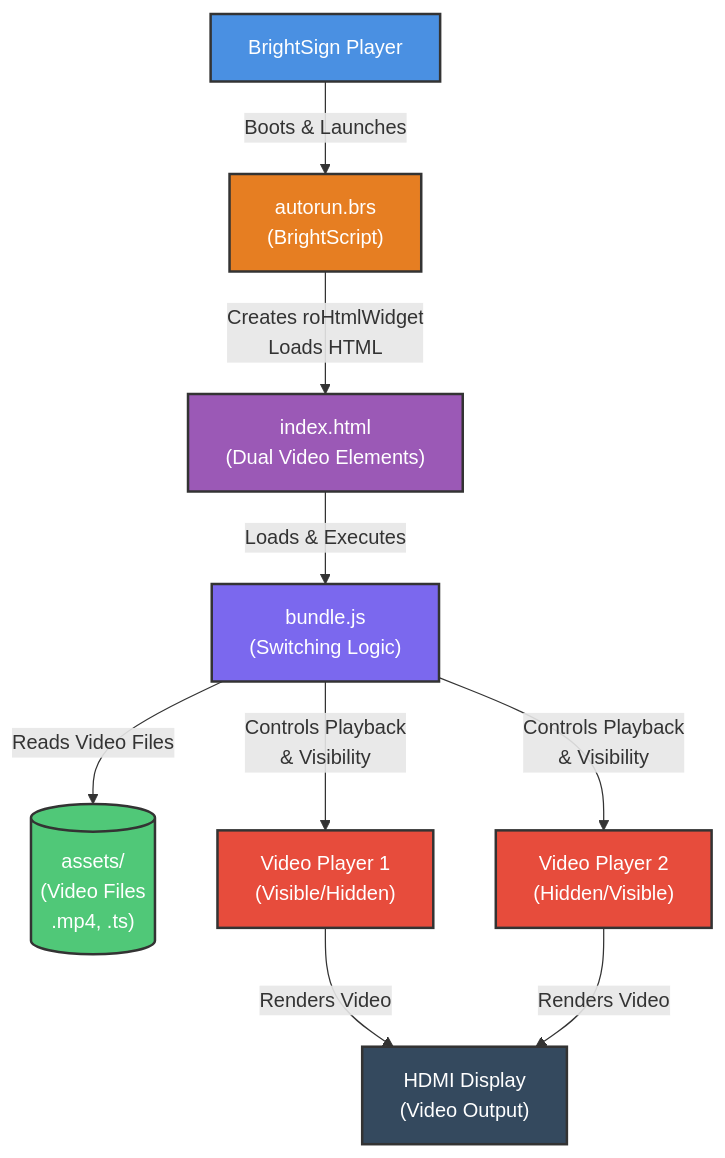
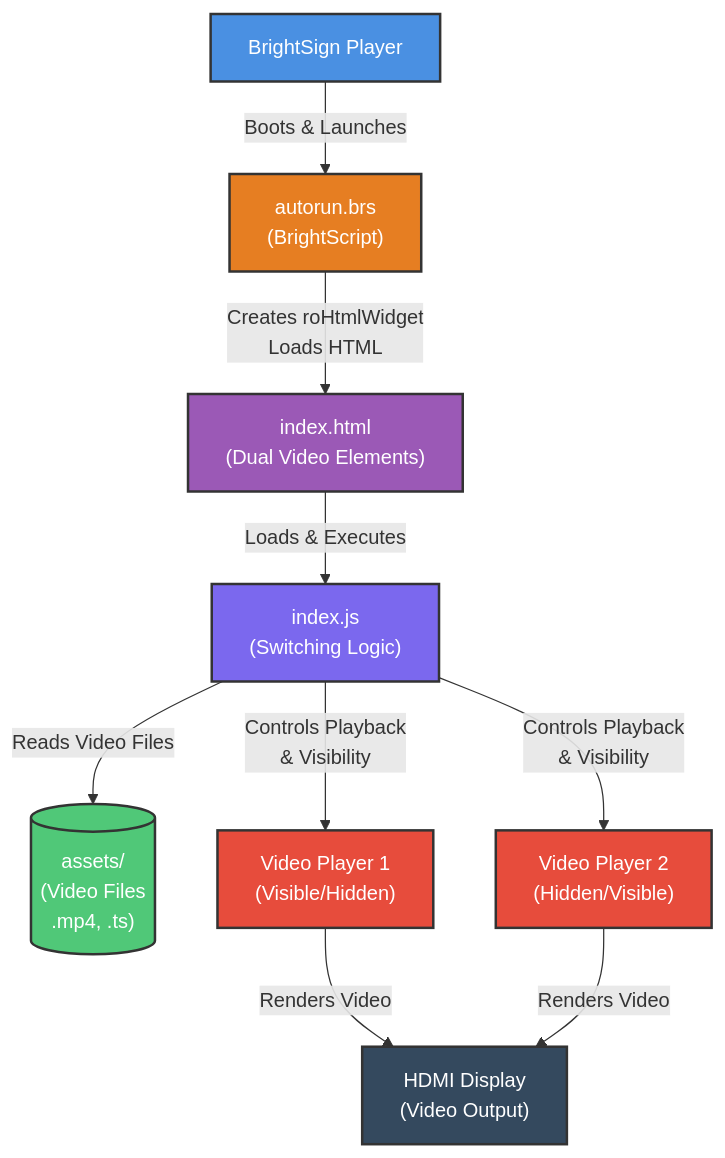
One commit to brightsign/dev-cookbook changed the diagram in examples/seamless-video-switching/architecture.md. Above: the diagram before and after it, drawn with Mermaid. The commit also changed 6 other files, not shown here.

````diff
--- a/examples/seamless-video-switching/architecture.md
+++ b/examples/seamless-video-switching/architecture.md
@@ -3,29 +3,29 @@
 ```mermaid
 graph TD
     Player["BrightSign Player"]
     Autorun["autorun.brs<br/>(BrightScript)"]
     HTML["index.html<br/>(Dual Video Elements)"]
-    Bundle["bundle.js<br/>(Switching Logic)"]
+    Bundle["index.js<br/>(Switching Logic)"]
     Display["HDMI Display<br/>(Video Output)"]
     Assets[("assets/<br/>(Video Files<br/>.mp4, .ts)")]
     Player1["Video Player 1<br/>(Visible/Hidden)"]
     Player2["Video Player 2<br/>(Hidden/Visible)"]
 
     Player -->|"Boots & Launches"| Autorun
     Autorun -->|"Creates roHtmlWidget<br/>Loads HTML"| HTML
     HTML -->|"Loads & Executes"| Bundle
     Bundle -->|"Reads Video Files"| Assets
     Bundle -->|"Controls Playback<br/>& Visibility"| Player1
     Bundle -->|"Controls Playback<br/>& Visibility"| Player2
     Player1 -->|"Renders Video"| Display
     Player2 -->|"Renders Video"| Display
 
     style Player fill:#4a90e2,stroke:#333,stroke-width:2px,color:#fff
     style Autorun fill:#e67e22,stroke:#333,stroke-width:2px,color:#fff
     style HTML fill:#9b59b6,stroke:#333,stroke-width:2px,color:#fff
     style Bundle fill:#7b68ee,stroke:#333,stroke-width:2px,color:#fff
     style Display fill:#34495e,stroke:#333,stroke-width:2px,color:#fff
     style Assets fill:#50c878,stroke:#333,stroke-width:2px,color:#fff
     style Player1 fill:#e74c3c,stroke:#333,stroke-width:2px,color:#fff
     style Player2 fill:#e74c3c,stroke:#333,stroke-width:2px,color:#fff
 ```
````
